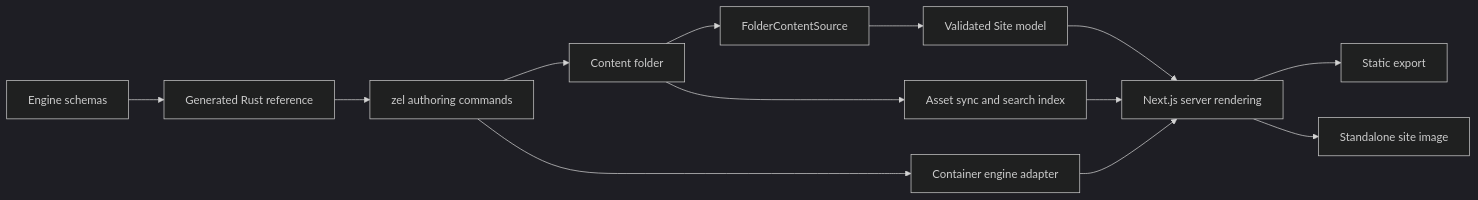
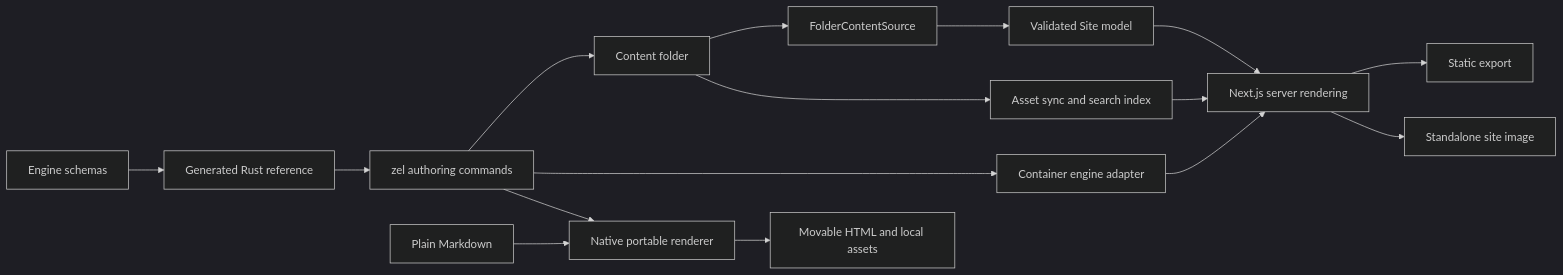
Before and after one commit to mylife-inc/Zellij: the diagram in ZELLIJ_CONTEXT.md, drawn with Mermaid (dark theme). The commit also changed other lines of this file and 1 other file, not shown here.

Commit message:
Record portable build contract and prior hosted acceptance

````diff
--- a/ZELLIJ_CONTEXT.md
+++ b/ZELLIJ_CONTEXT.md
@@ -623,15 +674,18 @@
 ```mermaid
 flowchart LR
   Content[Content folder] --> Source[FolderContentSource]
   Source --> Site[Validated Site model]
   Site --> Render[Next.js server rendering]
   Render --> Static[Static export]
   Render --> Server[Standalone site image]
   Content --> Prepare[Asset sync and search index]
   Prepare --> Render
   Schemas[Engine schemas] --> Embedded[Generated Rust reference]
   Embedded --> Zel[zel authoring commands]
   Zel --> Content
   Zel --> Container[Container engine adapter]
   Container --> Render
+  Markdown[Plain Markdown] --> Portable[Native portable renderer]
+  Zel --> Portable
+  Portable --> Files[Movable HTML and local assets]
 ```
````
